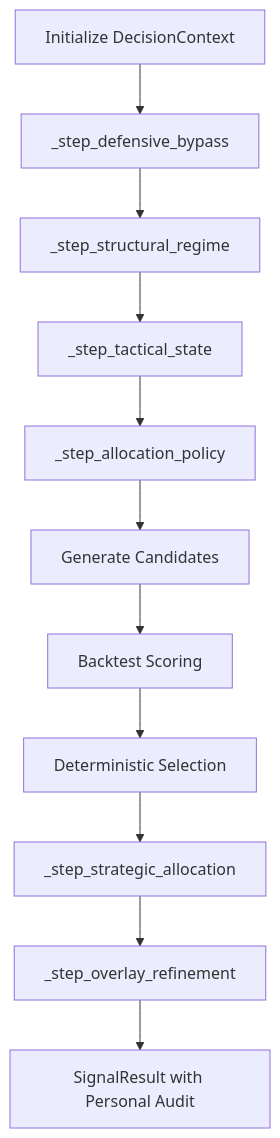
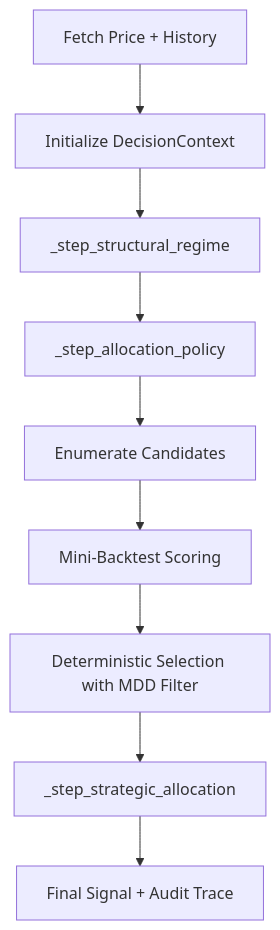
The diagram in docs/architecture.md (yutaofr/qqq-buyer-monitor), drawn with Mermaid before and after one commit. The commit also changed other lines of this file and 3 other files, not shown here.

Commit message:
feat(v6.4): finalize personal allocation implementation with systematic tests and documentation

````diff
--- a/docs/architecture.md
+++ b/docs/architecture.md
@@ -26,13 +26,11 @@
 ```mermaid
 graph TD
-    A[Initialize DecisionContext] --> B[_step_defensive_bypass]
+    A[Fetch Price + History] --> B[Initialize DecisionContext]
     B --> C[_step_structural_regime]
-    C --> D[_step_tactical_state]
-    D --> E[_step_allocation_policy]
-    E --> F[Generate Candidates]
-    F --> G[Backtest Scoring]
-    G --> H[Deterministic Selection]
-    H --> I[_step_strategic_allocation]
-    I --> J[_step_overlay_refinement]
-    J --> K[SignalResult with Personal Audit]
+    C --> D[_step_allocation_policy]
+    D --> E[Enumerate Candidates]
+    E --> F[Mini-Backtest Scoring]
+    F --> G[Deterministic Selection with MDD Filter]
+    G --> H[_step_strategic_allocation]
+    H --> I[Final Signal + Audit Trace]
 ```
````
